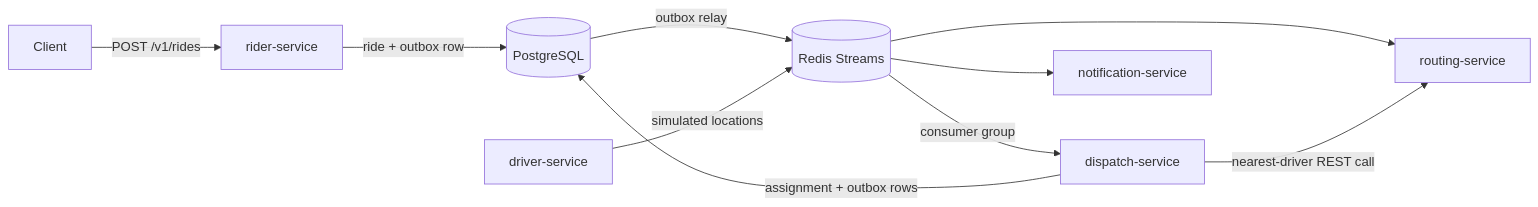
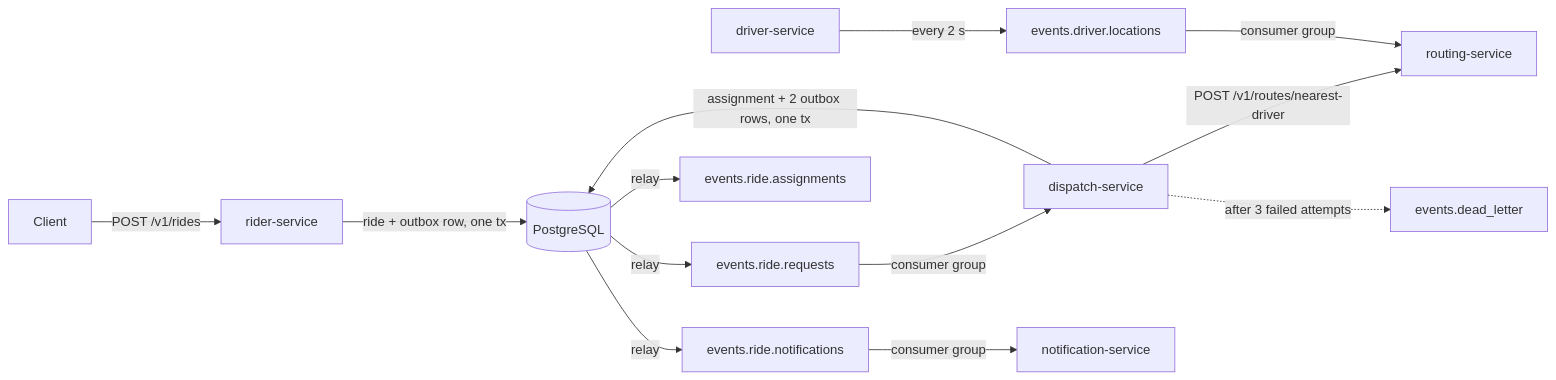
One commit to 96528025/MetroRide changed the diagram in README.md. Above: the diagram before and after it, drawn with Mermaid. The commit also changed other lines of this file and 4 other files, not shown here.

First line of the commit message:
docs: correct service count, add stream and port tables, separate outbox from dead-letter (#10)

````diff
--- a/README.md
+++ b/README.md
@@ -30,12 +22,15 @@
 ```mermaid
 flowchart LR
-    Client[Client] -->|POST /v1/rides| Rider[rider-service]
-    Rider -->|ride + outbox row| DB[(PostgreSQL)]
-    DB -->|outbox relay| Redis[(Redis Streams)]
-    Redis -->|consumer group| Dispatch[dispatch-service]
-    Driver[driver-service] -->|simulated locations| Redis
-    Redis --> Routing[routing-service]
-    Dispatch -->|nearest-driver REST call| Routing
-    Dispatch -->|assignment + outbox rows| DB
-    Redis --> Notification[notification-service]
+    Client -->|POST /v1/rides| Rider[rider-service]
+    Rider -->|ride + outbox row, one tx| DB[(PostgreSQL)]
+    DB -->|relay| RQ[events.ride.requests]
+    RQ -->|consumer group| Dispatch[dispatch-service]
+    Dispatch -->|POST /v1/routes/nearest-driver| Routing[routing-service]
+    Driver[driver-service] -->|every 2 s| DL[events.driver.locations]
+    DL -->|consumer group| Routing
+    Dispatch -->|assignment + 2 outbox rows, one tx| DB
+    DB -->|relay| RA[events.ride.assignments]
+    DB -->|relay| RN[events.ride.notifications]
+    RN -->|consumer group| Notify[notification-service]
+    Dispatch -.->|after 3 failed attempts| DLQ[events.dead_letter]
 ```
````
